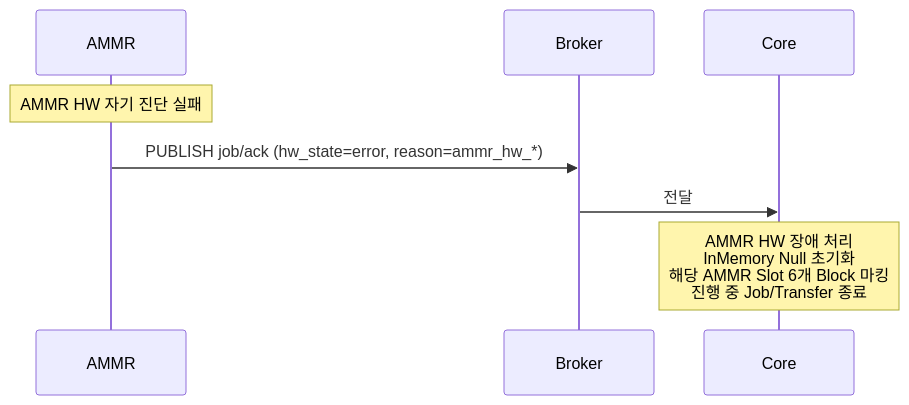
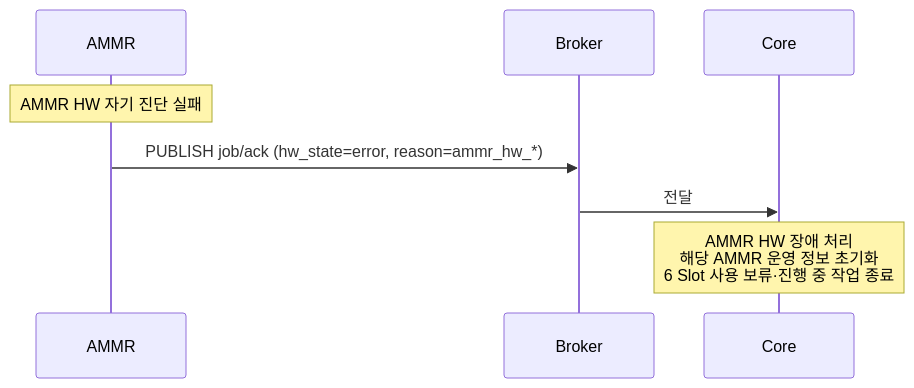
One commit to kimminsu0315/Core-Docs changed the tenth of 12 diagrams in docs/out/Core_ICD_AMMR.md. Above: the diagram before and after it, drawn with Mermaid. The commit also changed other lines of this file and 7 other files, not shown here.

````diff
--- a/docs/out/Core_ICD_AMMR.md
+++ b/docs/out/Core_ICD_AMMR.md
@@ -772,11 +1157,11 @@
 ```mermaid
 sequenceDiagram
     participant A as AMMR
     participant B as Broker
     participant C as Core
 
     Note over A: AMMR HW 자기 진단 실패
     A->>B: PUBLISH job/ack (hw_state=error, reason=ammr_hw_*)
     B->>C: 전달
-    Note over C: AMMR HW 장애 처리<br/>InMemory Null 초기화<br/>해당 AMMR Slot 6개 Block 마킹<br/>진행 중 Job/Transfer 종료
+    Note over C: AMMR HW 장애 처리<br/>해당 AMMR 운영 정보 초기화<br/>6 Slot 사용 보류·진행 중 작업 종료
 ```
````
